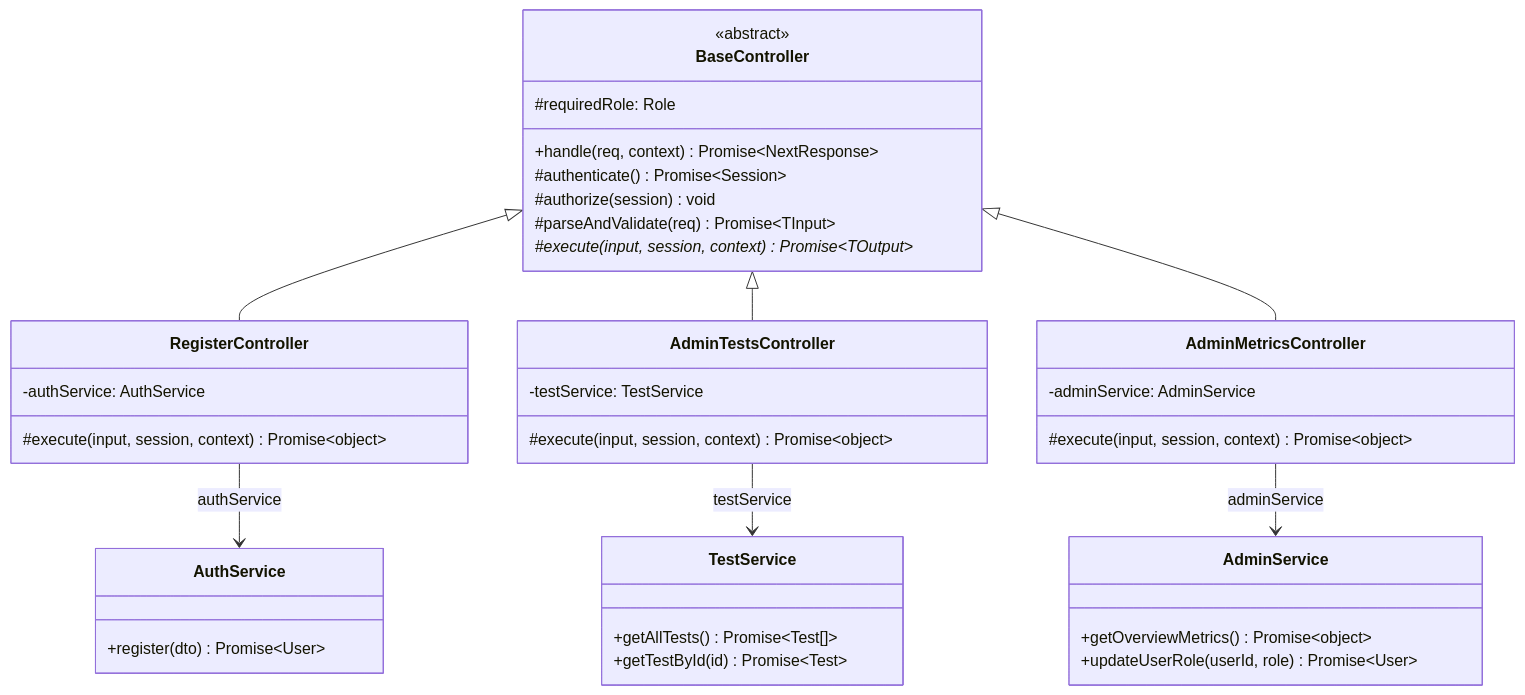
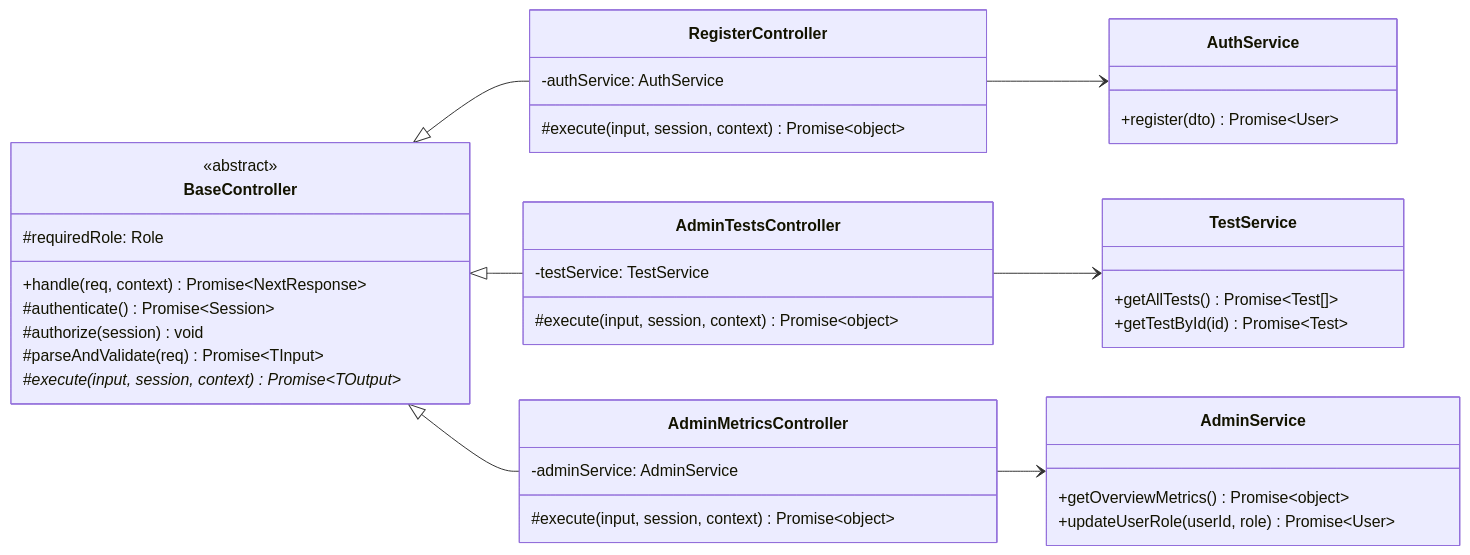
One commit to 202417221-LeDinhVinh/ronansat-oop-demo changed the diagram in docs/uml/03a2-layered-auth-admin.mmd. Above: the diagram before and after it, drawn with Mermaid. The commit also changed 122 other files, not shown here.

Commit message:
feat(v3): UML and slides for observer/exceptions, mobile vocab fix, README v3, cleanup

```diff
--- a/docs/uml/03a2-layered-auth-admin.mmd
+++ b/docs/uml/03a2-layered-auth-admin.mmd
@@ -1,49 +1,49 @@
 classDiagram
-    direction TB
+    direction LR
 
     class BaseController {
         <<abstract>>
         #requiredRole: Role
         +handle(req, context) Promise~NextResponse~
         #authenticate() Promise~Session~
         #authorize(session) void
         #parseAndValidate(req) Promise~TInput~
         #execute(input, session, context)* Promise~TOutput~
     }
 
     class RegisterController {
         -authService: AuthService
         #execute(input, session, context) Promise~object~
     }
 
     class AdminTestsController {
         -testService: TestService
         #execute(input, session, context) Promise~object~
     }
 
     class AdminMetricsController {
         -adminService: AdminService
         #execute(input, session, context) Promise~object~
     }
 
     class AuthService {
         +register(dto) Promise~User~
     }
 
     class TestService {
         +getAllTests() Promise~Test[]~
         +getTestById(id) Promise~Test~
     }
 
     class AdminService {
         +getOverviewMetrics() Promise~object~
         +updateUserRole(userId, role) Promise~User~
     }
 
     BaseController <|-- RegisterController
     BaseController <|-- AdminTestsController
     BaseController <|-- AdminMetricsController
 
-    RegisterController --> AuthService : authService
-    AdminTestsController --> TestService : testService
-    AdminMetricsController --> AdminService : adminService
+    RegisterController --> AuthService
+    AdminTestsController --> TestService
+    AdminMetricsController --> AdminService
```
